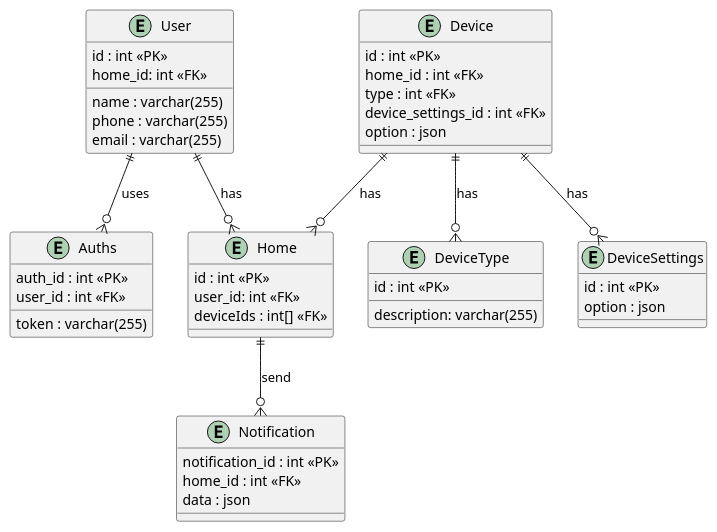
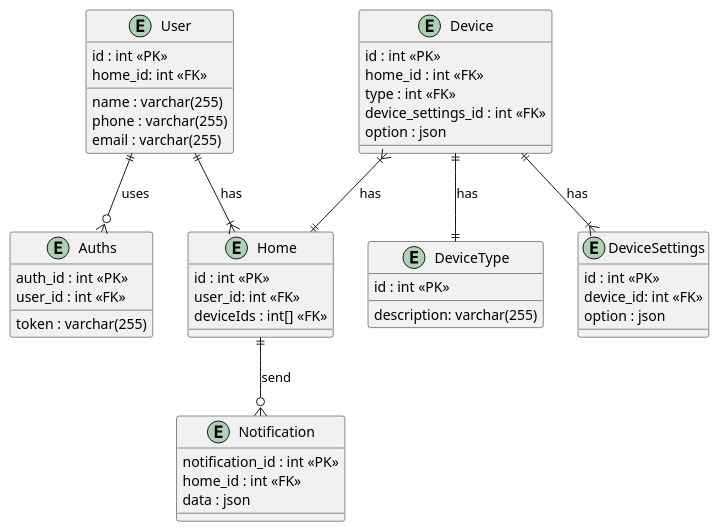
The diagram in er.puml (markovkaDada/architecture-sprint-3), drawn with PlantUML before and after one commit. The commit also changed 3 other files, not shown here.

```diff
--- a/er.puml
+++ b/er.puml
@@ -1,52 +1,55 @@
 @startuml
 entity "User" as user {
     id : int <<PK>>
     home_id: int <<FK>>
     name : varchar(255)
     phone : varchar(255)
     email : varchar(255)
 }
 
 entity "Auths" as auth {
     auth_id : int <<PK>>
     user_id : int <<FK>>
     token : varchar(255)
 }
 
 entity "Home" as home {
     id : int <<PK>>
     user_id: int <<FK>>
     deviceIds : int[] <<FK>>
 }
 
 entity "Device" as device {
     id : int <<PK>>
     home_id : int <<FK>>
     type : int <<FK>>
     device_settings_id : int <<FK>>
     option : json
 }
 
 entity DeviceType {
     id : int <<PK>>
     description: varchar(255)
 }
 
 entity "DeviceSettings" as device_settings {
     id : int <<PK>>
+    device_id: int <<FK>>
     option : json
 }
 
 entity "Notification" as notification {
     notification_id : int <<PK>>
     home_id : int <<FK>>
     data : json
 }
 
 user ||--o{ auth : uses
-user ||--o{ home : has
+user ||--|{ home : has
 home ||--o{ notification : send
-device ||--o{ home : has
-device ||--o{ DeviceType : has
-device ||--o{ device_settings : has
+
+device }|--|| home : has
+device ||--|| DeviceType : has
+device ||--|{ device_settings : has
+
 @enduml
```
